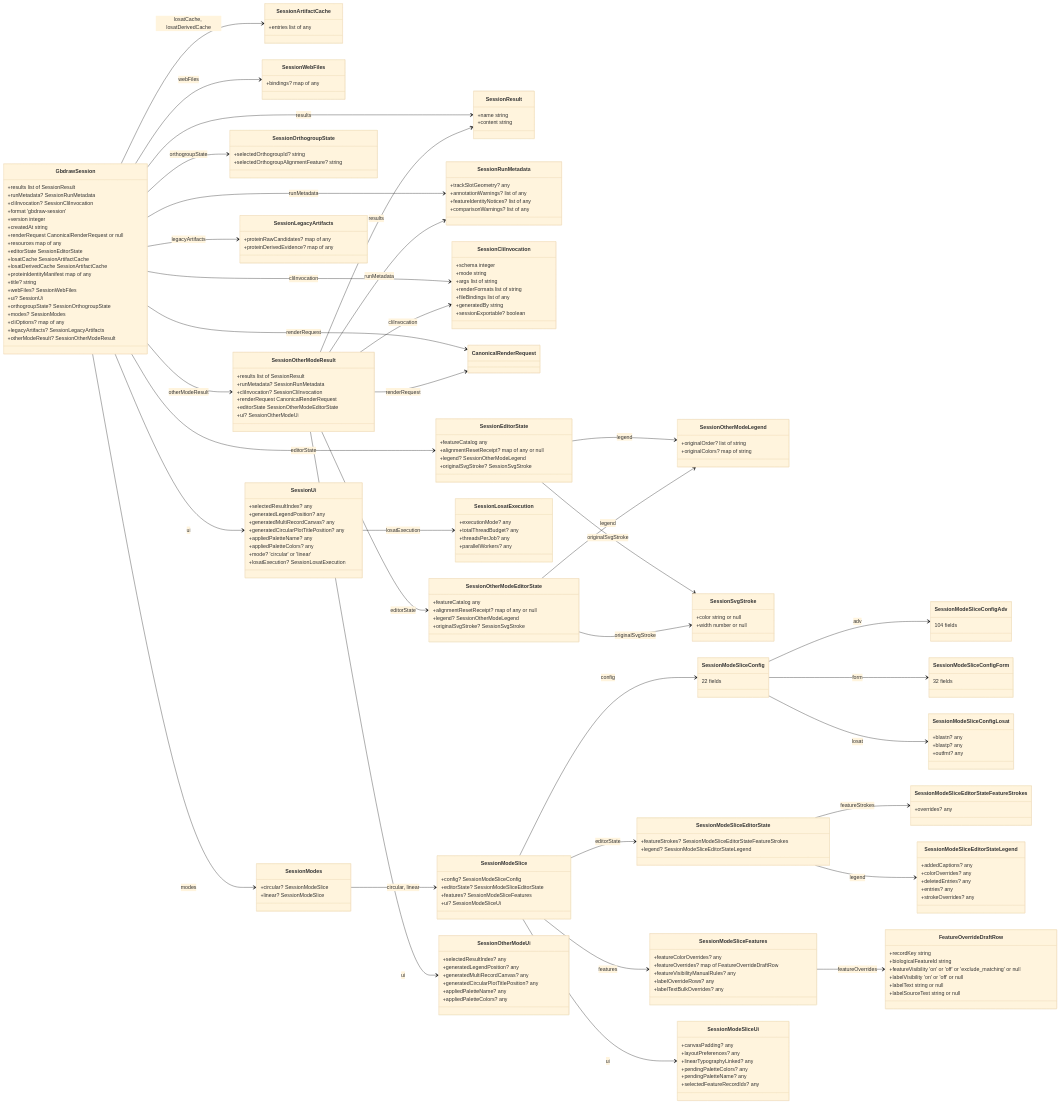
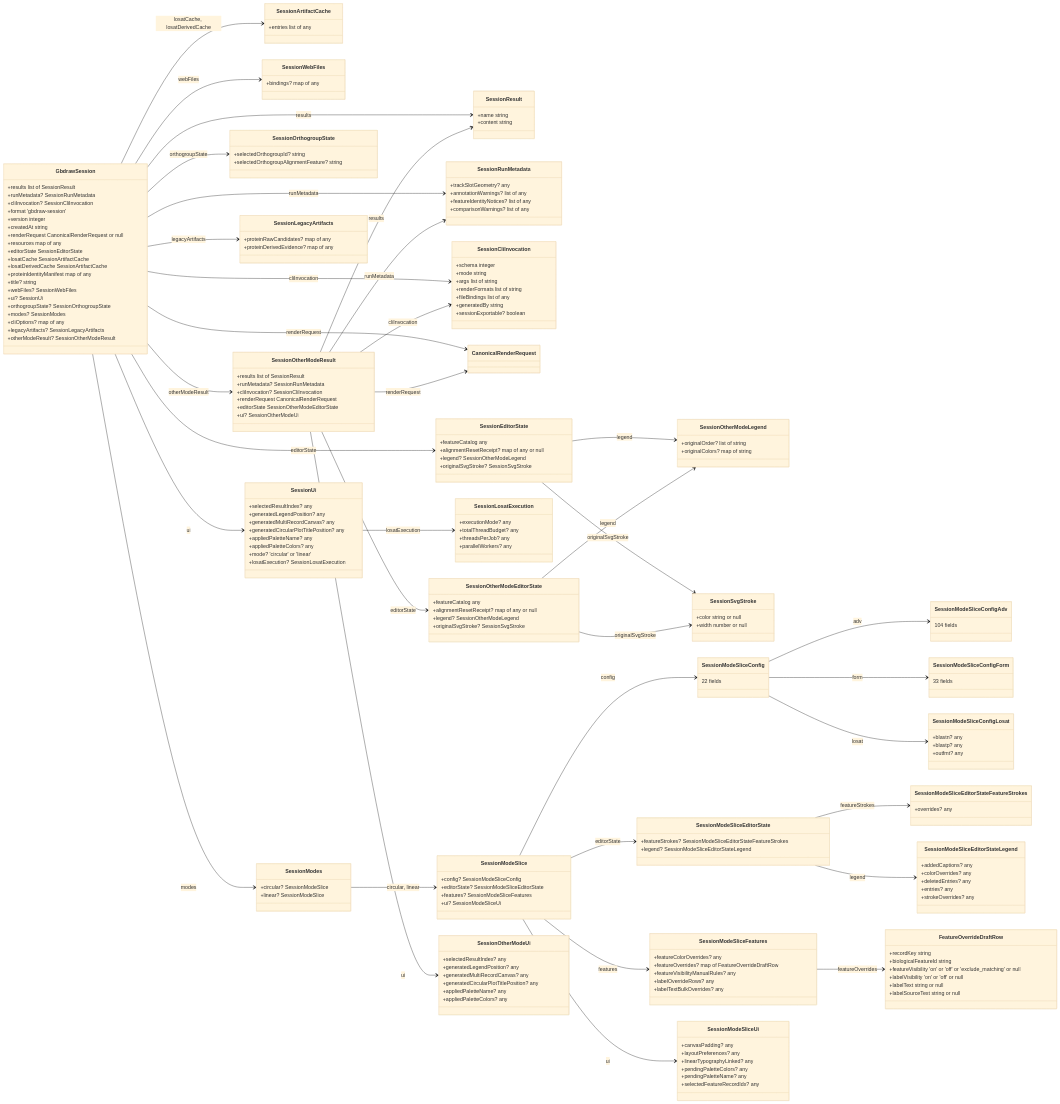
The third of 4 diagrams in docs/REFERENCE/schemas/README.md (satoshikawato/gbdraw), drawn with Mermaid (base theme) before and after one commit. The commit also changed 23 other files, not shown here.

```diff
--- a/docs/REFERENCE/schemas/README.md
+++ b/docs/REFERENCE/schemas/README.md
@@ -253,7 +253,7 @@
     104 fields
   }
   class SessionModeSliceConfigForm {
-    32 fields
+    33 fields
   }
   class SessionModeSliceConfigLosat {
     +blastn? any
```
